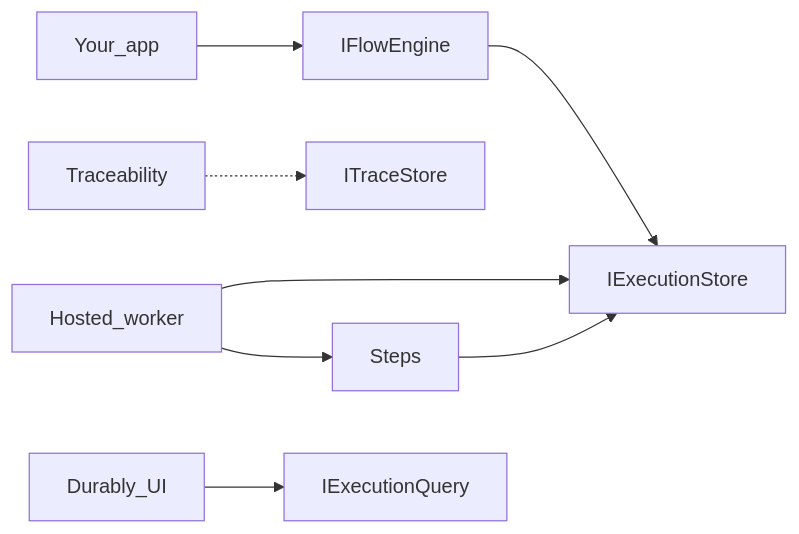
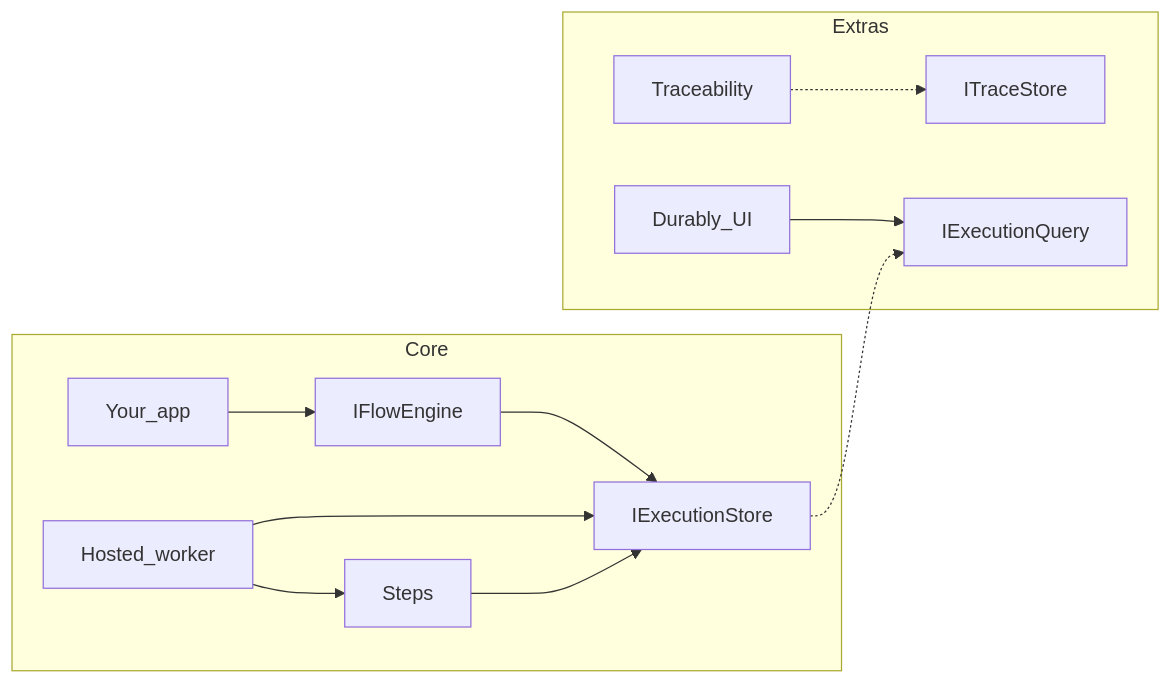
The first of 2 diagrams in README.md (mohd2sh/Durably), drawn with Mermaid before and after one commit. The commit also changed other lines of this file and 54 other files, not shown here.

````diff
--- a/README.md
+++ b/README.md
@@ -65,10 +124,15 @@
 ```mermaid
 flowchart LR
-  app[Your_app] --> engine[IFlowEngine]
-  engine --> store[IExecutionStore]
-  worker[Hosted_worker] --> store
-  worker --> steps[Steps]
-  steps --> store
-  traces[Traceability] -.-> traceStore[ITraceStore]
-  ui[Durably_UI] --> query[IExecutionQuery]
+  subgraph core [Core]
+    app[Your_app] --> engine[IFlowEngine]
+    engine --> store[IExecutionStore]
+    worker[Hosted_worker] --> store
+    worker --> steps[Steps]
+    steps --> store
+  end
+  subgraph extras [Extras]
+    traces[Traceability] -.-> traceStore[ITraceStore]
+    ui[Durably_UI] --> query[IExecutionQuery]
+  end
+  store -.-> query
 ```
````
